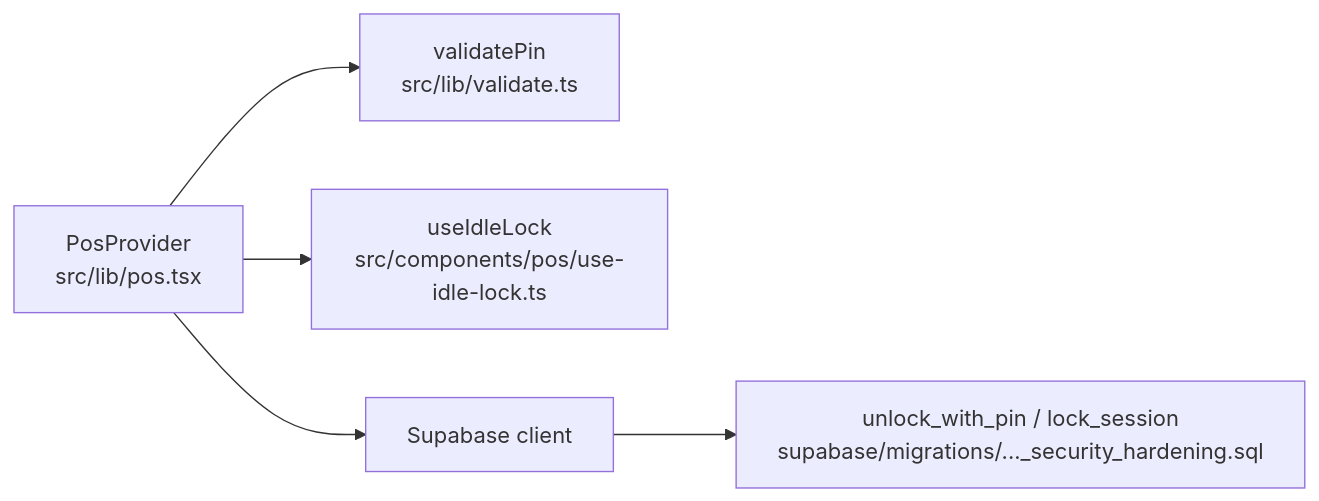
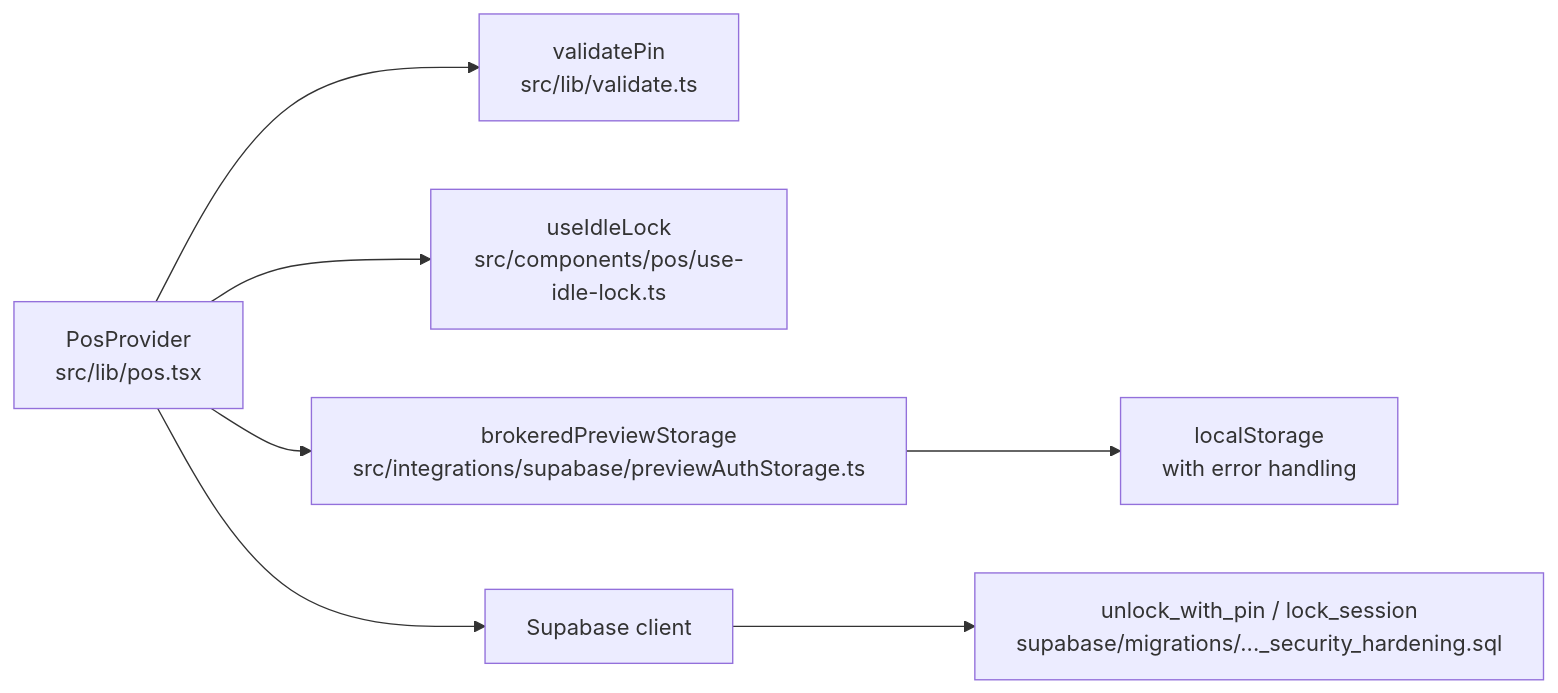
One commit to themclloyd/storq changed diagram 14 of 14 in .qoder/repowiki/en/content/Architecture Overview/Data Flow & State Management/State Management Architecture/Staff Session Management.md. Above: the diagram before and after it, drawn with Mermaid. The commit also changed other lines of this file and 42 other files, not shown here.

````diff
--- a/.qoder/repowiki/en/content/Architecture Overview/Data Flow & State Management/State Management Architecture/Staff Session Management.md
+++ b/.qoder/repowiki/en/content/Architecture Overview/Data Flow & State Management/State Management Architecture/Staff Session Management.md
@@ -395,7 +536,9 @@
 ```mermaid
 graph LR
 PosProvider["PosProvider<br/>src/lib/pos.tsx"] --> ValidatePin["validatePin<br/>src/lib/validate.ts"]
 PosProvider --> IdleHook["useIdleLock<br/>src/components/pos/use-idle-lock.ts"]
+PosProvider --> AuthStorage["brokeredPreviewStorage<br/>src/integrations/supabase/previewAuthStorage.ts"]
 PosProvider --> Supabase["Supabase client"]
+AuthStorage --> LocalStorage["localStorage<br/>with error handling"]
 Supabase --> Functions["unlock_with_pin / lock_session<br/>supabase/migrations/..._security_hardening.sql"]
 ```
````
